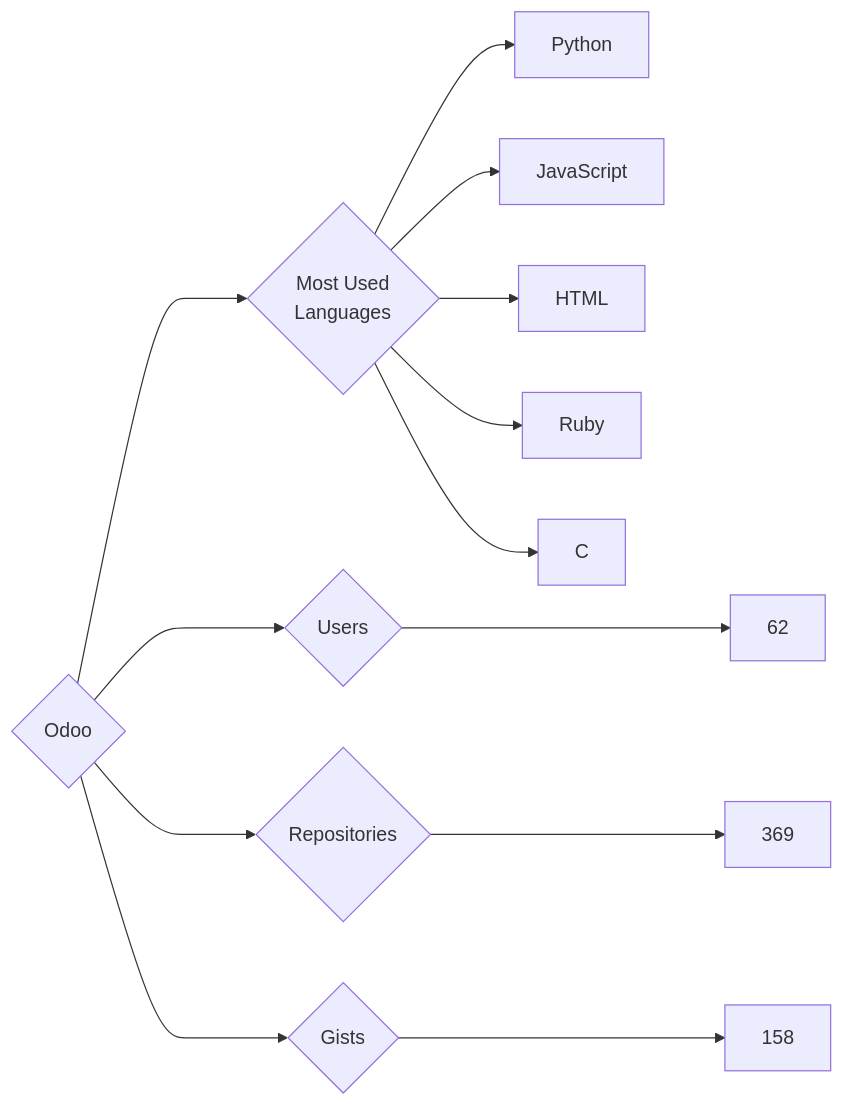
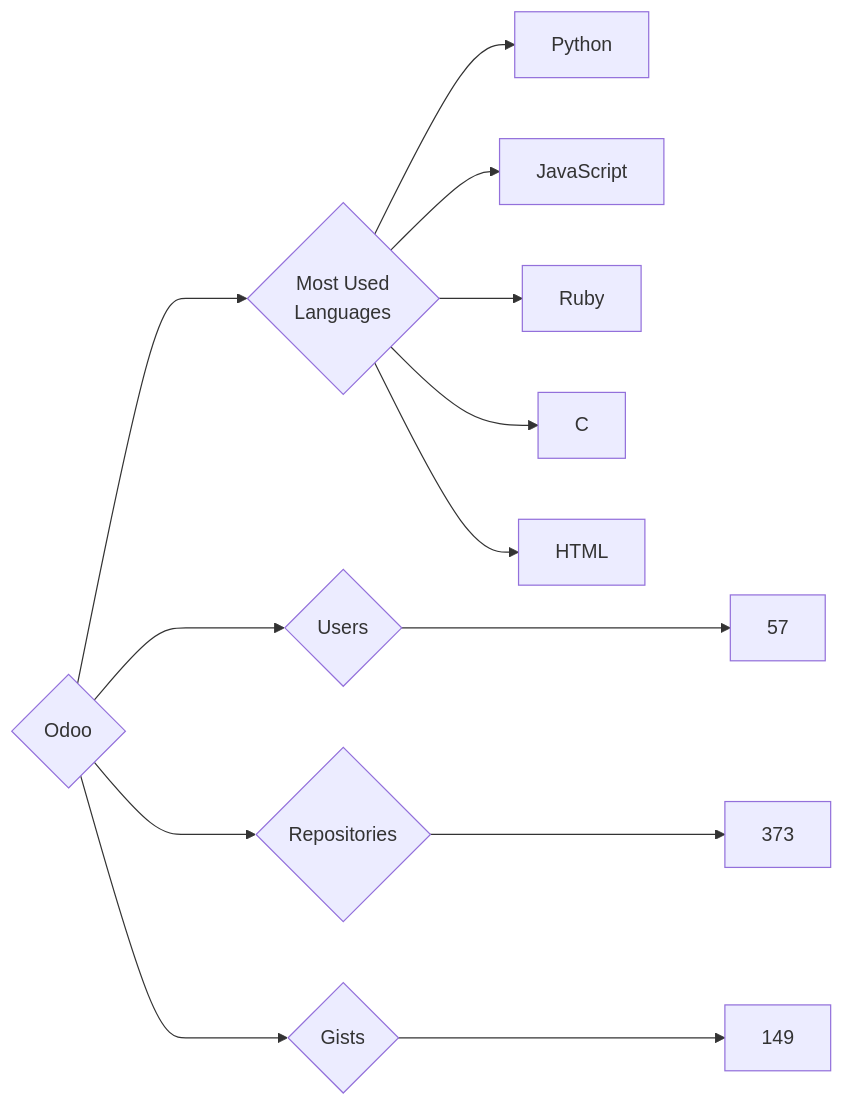
The diagram in targets/Odoo/README.md (trickest/insiders), drawn with Mermaid before and after one commit. The commit also changed 871 other files, not shown here.

````diff
--- a/targets/Odoo/README.md
+++ b/targets/Odoo/README.md
@@ -3,13 +3,13 @@
 ```mermaid
 graph LR
 COMPANY_NAME{Odoo}
-COMPANY_NAME ---> U{Users} ---> UN[62]
-COMPANY_NAME ---> R{Repositories} ---> RN[369]
-COMPANY_NAME ---> G{Gists} ---> GN[158]
+COMPANY_NAME ---> U{Users} ---> UN[57]
+COMPANY_NAME ---> R{Repositories} ---> RN[373]
+COMPANY_NAME ---> G{Gists} ---> GN[149]
 COMPANY_NAME ---> ML{Most Used<br>Languages}
 ML --> Python[Python]
 ML --> JavaScript[JavaScript]
-ML --> HTML[HTML]
 ML --> Ruby[Ruby]
 ML --> C[C]
+ML --> HTML[HTML]
 ```
````
